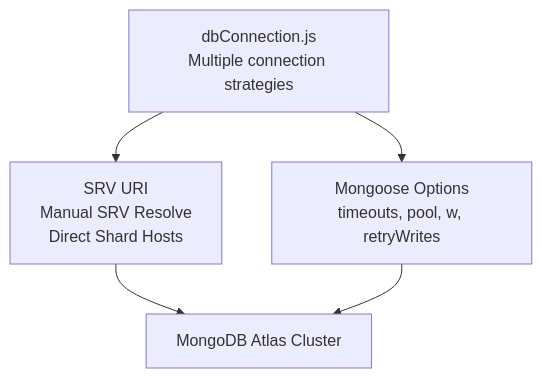
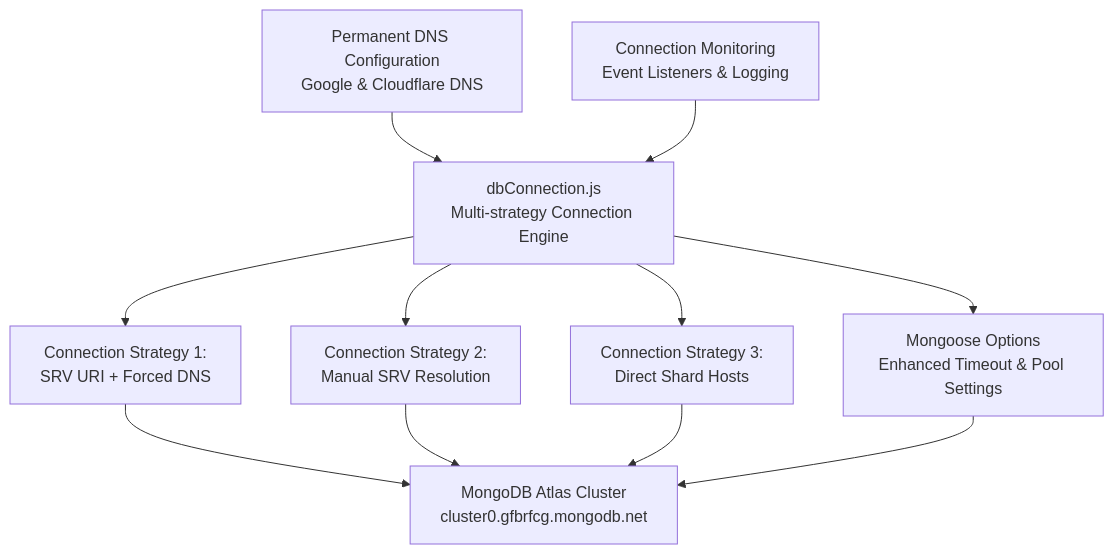
Before and after one commit to meghanamallela69-tech/event: the second of 16 diagrams in .qoder/repowiki/en/content/Database Design/Database Design.md, drawn with Mermaid. The commit also changed other lines of this file and 63 other files, not shown here.

````diff
--- a/.qoder/repowiki/en/content/Database Design/Database Design.md
+++ b/.qoder/repowiki/en/content/Database Design/Database Design.md
@@ -206,11 +221,21 @@
 ```mermaid
 graph TB
-Atlas["MongoDB Atlas Cluster"]
-Conn["dbConnection.js<br/>Multiple connection strategies"]
-Mongoose["Mongoose Options<br/>timeouts, pool, w, retryWrites"]
-Strategies["SRV URI<br/>Manual SRV Resolve<br/>Direct Shard Hosts"]
+Atlas["MongoDB Atlas Cluster<br/>cluster0.gfbrfcg.mongodb.net"]
+Conn["dbConnection.js<br/>Multi-strategy Connection Engine"]
+Mongoose["Mongoose Options<br/>Enhanced Timeout & Pool Settings"]
+DNS["Permanent DNS Configuration<br/>Google & Cloudflare DNS"]
+Strategies["Connection Strategy 1:<br/>SRV URI + Forced DNS"]
+Strategies2["Connection Strategy 2:<br/>Manual SRV Resolution"]
+Strategies3["Connection Strategy 3:<br/>Direct Shard Hosts"]
+Monitoring["Connection Monitoring<br/>Event Listeners & Logging"]
 Conn --> Strategies
+Conn --> Strategies2
+Conn --> Strategies3
 Strategies --> Atlas
+Strategies2 --> Atlas
+Strategies3 --> Atlas
 Conn --> Mongoose
 Mongoose --> Atlas
+DNS --> Conn
+Monitoring --> Conn
 ```
````
